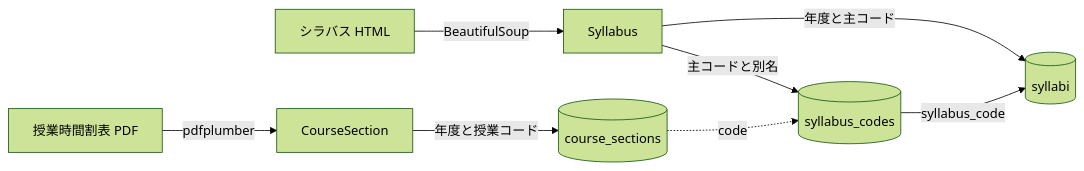
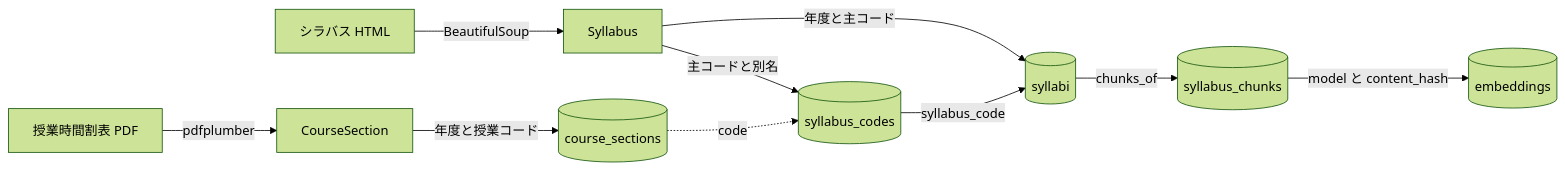
One commit to h11roki/Shirube changed the diagram in docs/data-model.md. Above: the diagram before and after it, drawn with Mermaid (forest theme). The commit also changed other lines of this file and 2 other files, not shown here.

````diff
--- a/docs/data-model.md
+++ b/docs/data-model.md
@@ -5,10 +5,12 @@
 ```mermaid
 flowchart LR
   T[授業時間割表 PDF] -->|pdfplumber| S[CourseSection]
   Y[シラバス HTML] -->|BeautifulSoup| C[Syllabus]
   S -- 年度と授業コード --> M[(course_sections)]
   C -- 年度と主コード --> N[(syllabi)]
   C -- 主コードと別名 --> K[(syllabus_codes)]
   K -- syllabus_code --> N
   M -. code .-> K
+  N -->|chunks_of| H[(syllabus_chunks)]
+  H -- model と content_hash --> E[(embeddings)]
 ```
````
